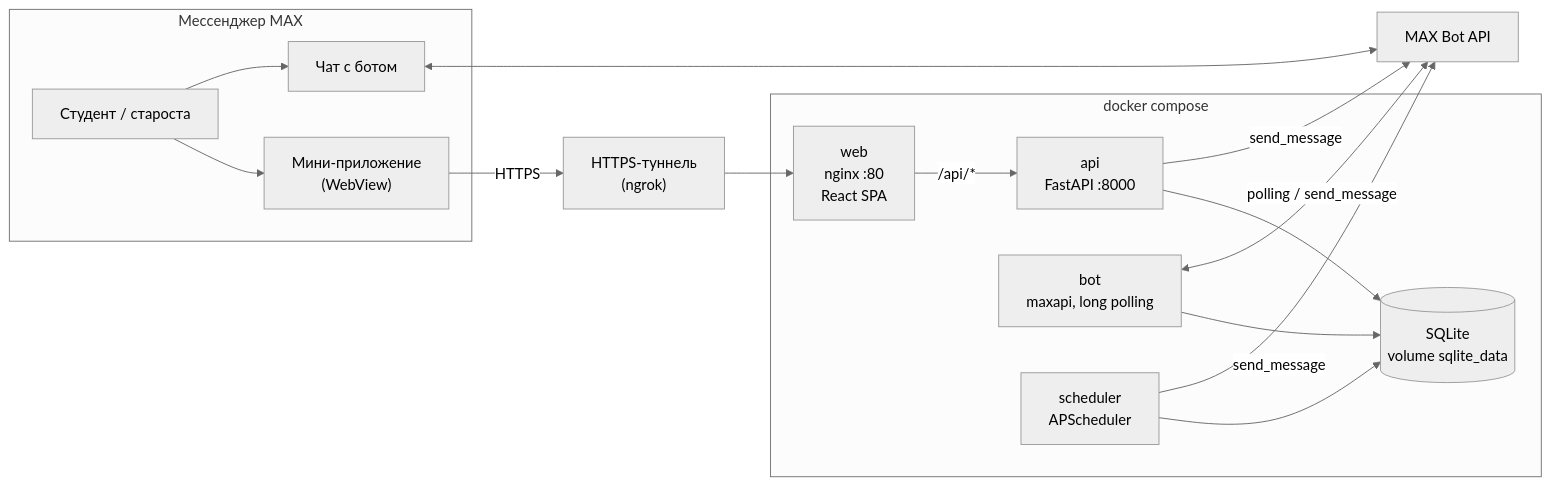
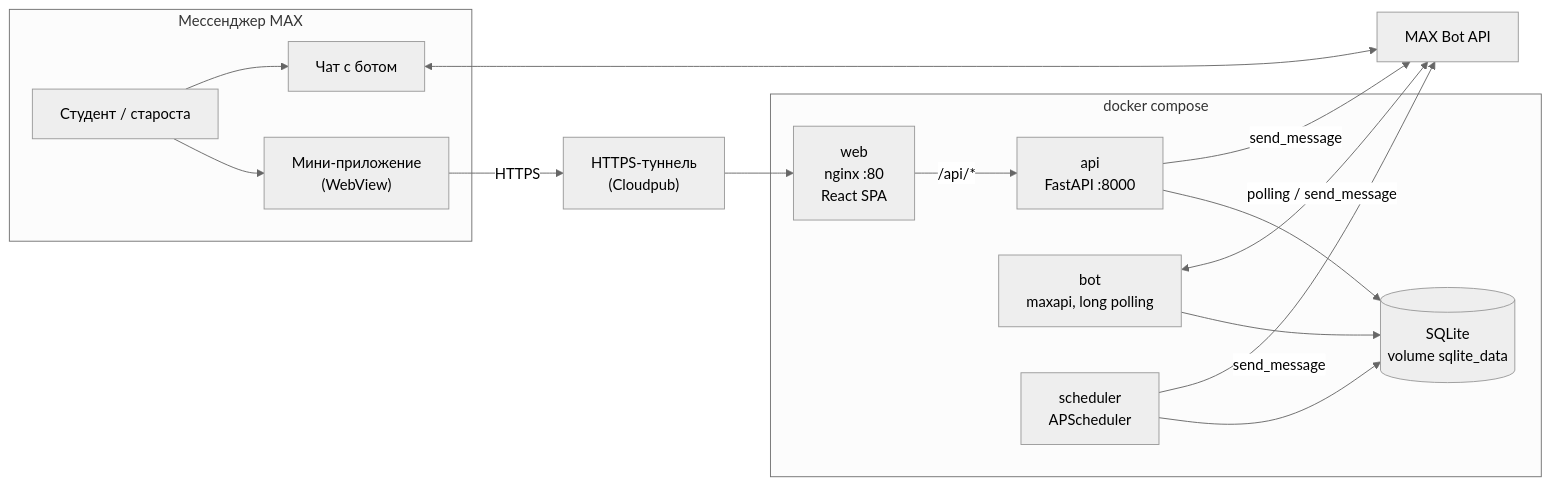
One commit to Nedelis/mrmoderator changed the first of 2 diagrams in docs/architecture.md. Above: the diagram before and after it, drawn with Mermaid (neutral theme). The commit also changed other lines of this file and 10 other files, not shown here.

````diff
--- a/docs/architecture.md
+++ b/docs/architecture.md
@@ -7,31 +7,31 @@
 ```mermaid
 flowchart LR
     subgraph MAX["Мессенджер MAX"]
         U["Студент / староста"]
         CHAT["Чат с ботом"]
         MINI["Мини-приложение<br/>(WebView)"]
     end
 
     subgraph DOCKER["docker compose"]
         WEB["web<br/>nginx :80<br/>React SPA"]
         API["api<br/>FastAPI :8000"]
         BOT["bot<br/>maxapi, long polling"]
         SCH["scheduler<br/>APScheduler"]
         DB[("SQLite<br/>volume sqlite_data")]
     end
 
     MAXAPI["MAX Bot API"]
-    TUNNEL["HTTPS-туннель<br/>(ngrok)"]
+    TUNNEL["HTTPS-туннель<br/>(Cloudpub)"]
 
     U --> CHAT
     U --> MINI
     MINI -- HTTPS --> TUNNEL --> WEB
     WEB -- "/api/*" --> API
     CHAT <--> MAXAPI
     BOT <-- "polling / send_message" --> MAXAPI
     API -- "send_message" --> MAXAPI
     SCH -- "send_message" --> MAXAPI
     API --> DB
     BOT --> DB
     SCH --> DB
 ```
````
